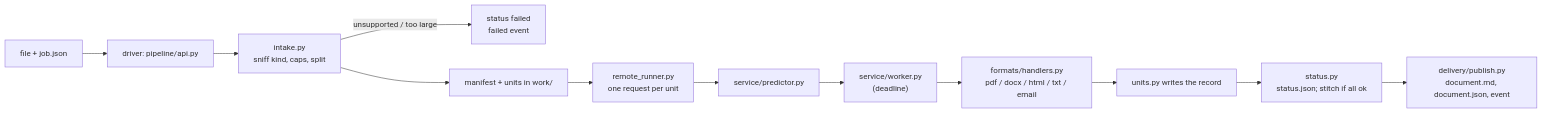
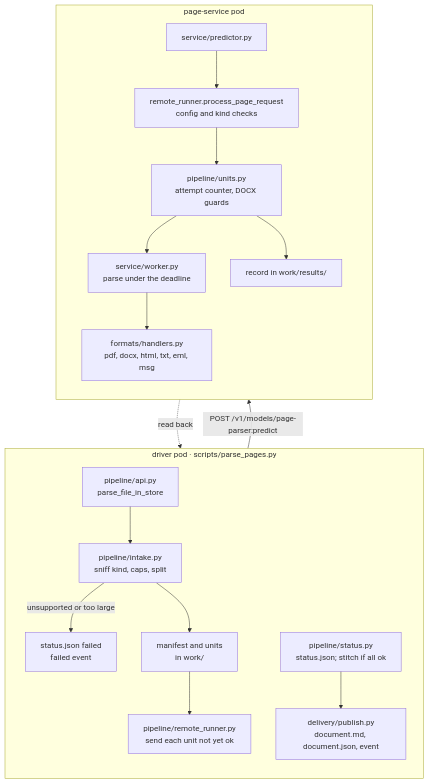
Before and after one commit to anguyenbus/doc-parser: the second of 3 diagrams in docs/architecture.md, drawn with Mermaid. The commit also changed other lines of this file, not shown here.

First line of the commit message:
Redraw the architecture diagrams

````diff
--- a/docs/architecture.md
+++ b/docs/architecture.md
@@ -98,14 +71,21 @@
 ```mermaid
-flowchart LR
-    F["file + job.json"] --> D["driver: pipeline/api.py"]
-    D --> I["intake.py<br/>sniff kind, caps, split"]
-    I -- "unsupported / too large" --> X["status failed<br/>failed event"]
-    I --> M["manifest + units in work/"]
-    M --> R["remote_runner.py<br/>one request per unit"]
-    R --> P["service/predictor.py"]
-    P --> W["service/worker.py<br/>(deadline)"]
-    W --> H["formats/handlers.py<br/>pdf / docx / html / txt / email"]
-    H --> REC["units.py writes the record"]
-    REC --> S["status.py<br/>status.json; stitch if all ok"]
-    S --> PUB["delivery/publish.py<br/>document.md, document.json, event"]
+flowchart TB
+    subgraph DRV["driver pod · scripts/parse_pages.py"]
+        direction TB
+        A["pipeline/api.py<br/>parse_file_in_store"] --> I["pipeline/intake.py<br/>sniff kind, caps, split"]
+        I -- "unsupported or too large" --> X["status.json failed<br/>failed event"]
+        I --> M["manifest and units<br/>in work/"]
+        M --> R["pipeline/remote_runner.py<br/>send each unit not yet ok"]
+        S["pipeline/status.py<br/>status.json; stitch if all ok"] --> P["delivery/publish.py<br/>document.md, document.json, event"]
+    end
+    subgraph SVC["page-service pod"]
+        direction TB
+        PR["service/predictor.py"] --> PPR["remote_runner.process_page_request<br/>config and kind checks"]
+        PPR --> U["pipeline/units.py<br/>attempt counter, DOCX guards"]
+        U --> W["service/worker.py<br/>parse under the deadline"]
+        W --> H["formats/handlers.py<br/>pdf, docx, html, txt, eml, msg"]
+        U --> REC["record in work/results/"]
+    end
+    R -- "POST /v1/models/page-parser:predict" --> PR
+    REC -. "read back" .-> S
 ```
````
